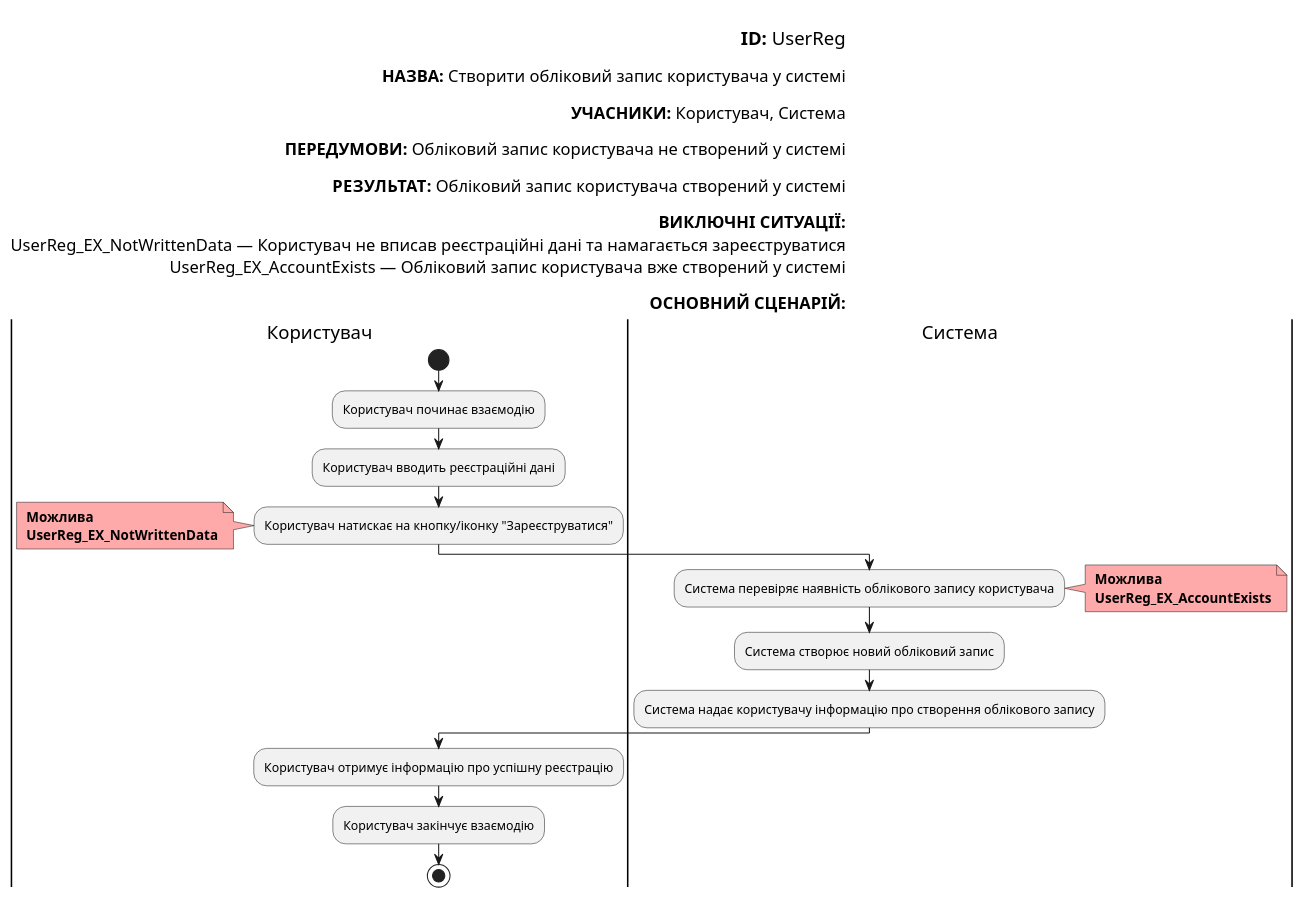
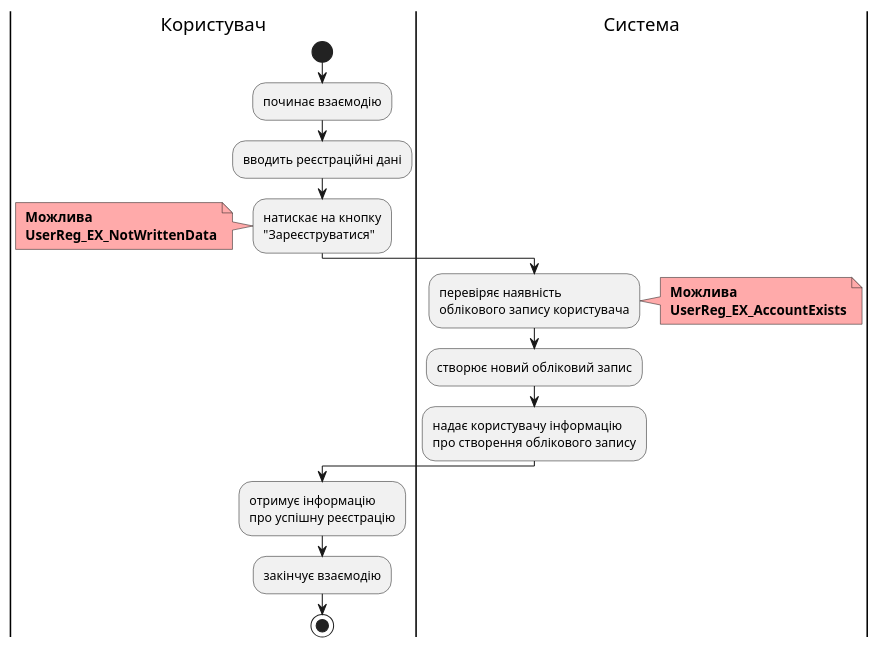
One commit to yaryna-bashchak/db_course_work changed the seventh of 24 diagrams in docs/use cases/README.md. Above: the diagram before and after it, drawn with PlantUML. The commit also changed other lines of this file, not shown here.

Commit message:
updated diagrams for user cases

```diff
--- a/docs/use cases/README.md
+++ b/docs/use cases/README.md
@@ -222,50 +230,35 @@
 @startuml
-
-    left header
-
-        <font color=000 size=18><b>ID:</b> UserReg
-
-        <font color=000 size=16><b>НАЗВА:</b> Створити обліковий запис користувача у системі
-
-        <font color=000 size=16><b>УЧАСНИКИ:</b> Користувач, Система
-
-        <font color=000 size=16><b>ПЕРЕДУМОВИ:</b> Обліковий запис користувача не створений у системі
-
-        <font color=000 size=16><b>РЕЗУЛЬТАТ:</b> Обліковий запис користувача створений у системі
-
-        <font color=000 size=16><b>ВИКЛЮЧНІ СИТУАЦІЇ:</b>
-        <font color=000 size=16> UserReg_EX_NotWrittenData — Користувач не вписав реєстраційні дані та намагається зареєструватися
-        <font color=000 size=16> UserReg_EX_AccountExists — Обліковий запис користувача вже створений у системі
-
-        <font color=000 size=16><b>ОСНОВНИЙ СЦЕНАРІЙ:</b>
-    end header
 
     |Користувач|
         start
-        :Користувач починає взаємодію;
+        :починає взаємодію;
 
-        :Користувач вводить реєстраційні дані;
+        :вводить реєстраційні дані;
 
-        :Користувач натискає на кнопку/іконку "Зареєструватися";
+        :натискає на кнопку 
+        "Зареєструватися";
         note left #ffaaaa
         <b> Можлива
         <b> UserReg_EX_NotWrittenData
         end note
     |Система|
-        :Система перевіряє наявність облікового запису користувача;
+        :перевіряє наявність 
+        облікового запису користувача;
         note right #ffaaaa
         <b> Можлива
         <b> UserReg_EX_AccountExists
         end note
 
-        :Система створює новий обліковий запис;
+        :створює новий обліковий запис;
 
-        :Система надає користувачу інформацію про створення облікового запису;
+        :надає користувачу інформацію 
+        про створення облікового запису;
     |Користувач|
-        :Користувач отримує інформацію про успішну реєстрацію;
+        :отримує інформацію
+        про успішну реєстрацію;
 
-        :Користувач закінчує взаємодію;
+        :закінчує взаємодію;
 
         stop;
 
 @enduml
```
